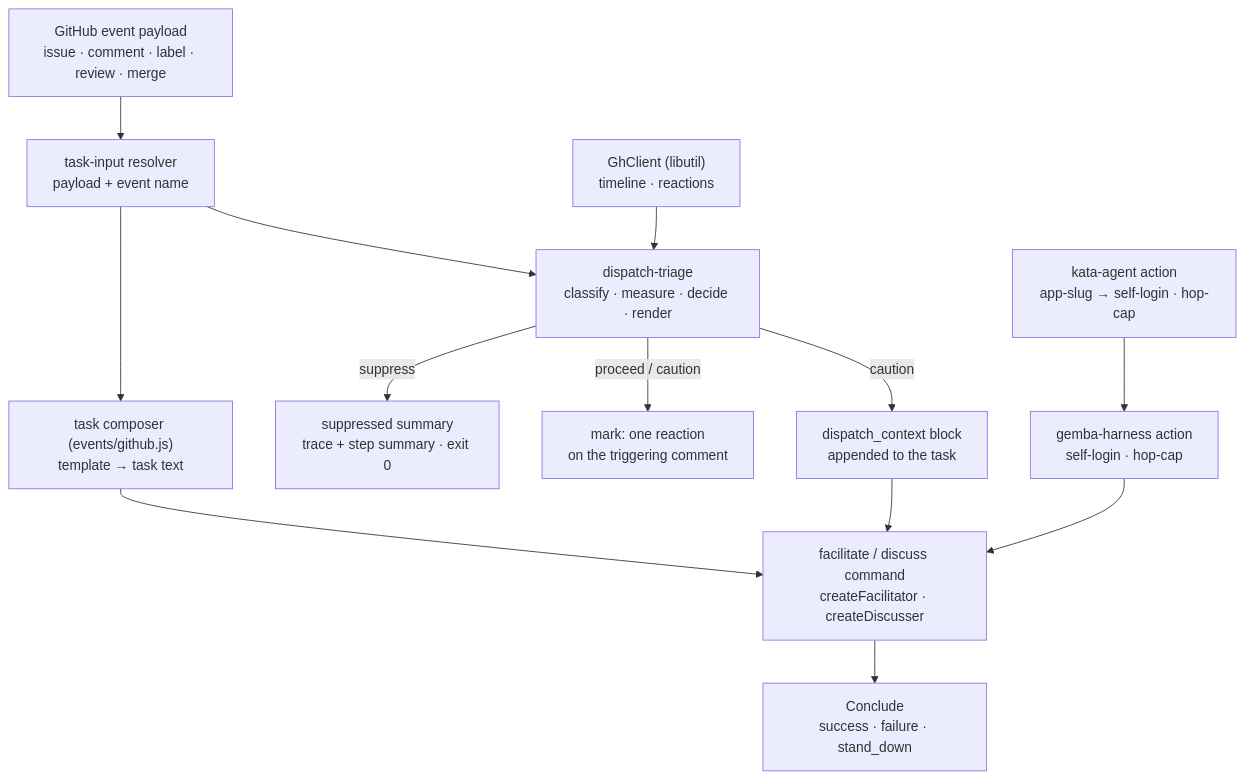
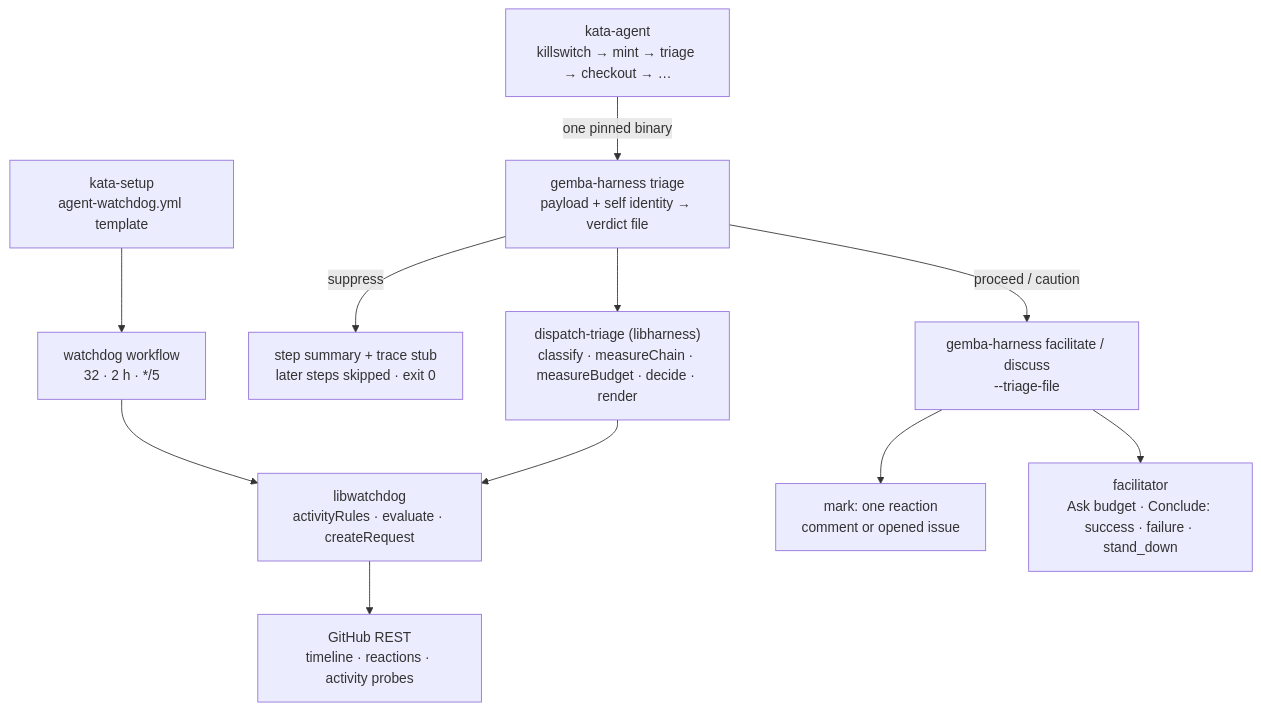
The first of 2 diagrams in specs/2350-dispatch-chain-triage/design-a.md (forwardimpact/monorepo), drawn with Mermaid before and after one commit. The commit also changed other lines of this file and 1 other file, not shown here.

````diff
--- a/specs/2350-dispatch-chain-triage/design-a.md
+++ b/specs/2350-dispatch-chain-triage/design-a.md
@@ -9,14 +9,13 @@
 ```mermaid
 graph TD
-    EV["GitHub event payload<br/>issue · comment · label · review · merge"] --> TI["task-input resolver<br/>payload + event name"]
-    TI --> TC["task composer (events/github.js)<br/>template → task text"]
-    TI --> DT["dispatch-triage<br/>classify · measure · decide · render"]
-    GH["GhClient (libutil)<br/>timeline · reactions"] --> DT
-    DT -->|"suppress"| SM["suppressed summary<br/>trace + step summary · exit 0"]
-    DT -->|"proceed / caution"| MK["mark: one reaction<br/>on the triggering comment"]
-    DT -->|"caution"| CB["dispatch_context block<br/>appended to the task"]
-    TC --> RUN["facilitate / discuss command<br/>createFacilitator · createDiscusser"]
-    CB --> RUN
-    RUN --> FT["Conclude<br/>success · failure · stand_down"]
-    KA["kata-agent action<br/>app-slug → self-login · hop-cap"] --> GA["gemba-harness action<br/>self-login · hop-cap"] --> RUN
+    KA["kata-agent<br/>killswitch → mint → triage → checkout → …"] -->|"one pinned binary"| TV["gemba-harness triage<br/>payload + self identity → verdict file"]
+    TV --> DT["dispatch-triage (libharness)<br/>classify · measureChain · measureBudget · decide · render"]
+    DT --> WD["libwatchdog<br/>activityRules · evaluate · createRequest"]
+    WD --> GH["GitHub REST<br/>timeline · reactions · activity probes"]
+    TV -->|"suppress"| END["step summary + trace stub<br/>later steps skipped · exit 0"]
+    TV -->|"proceed / caution"| RUN["gemba-harness facilitate / discuss<br/>--triage-file"]
+    RUN --> MK["mark: one reaction<br/>comment or opened issue"]
+    RUN --> FT["facilitator<br/>Ask budget · Conclude: success · failure · stand_down"]
+    SETUP["kata-setup<br/>agent-watchdog.yml template"] --> WW["watchdog workflow<br/>32 · 2 h · */5"]
+    WW --> WD
 ```
````
